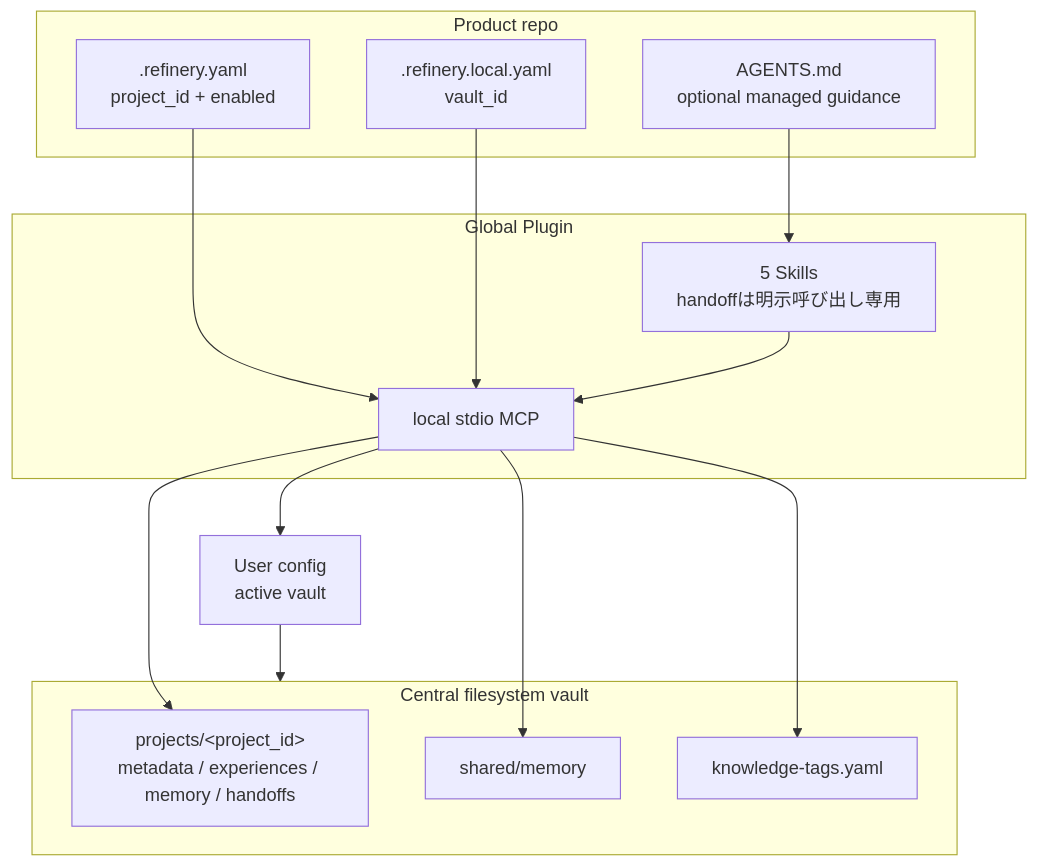
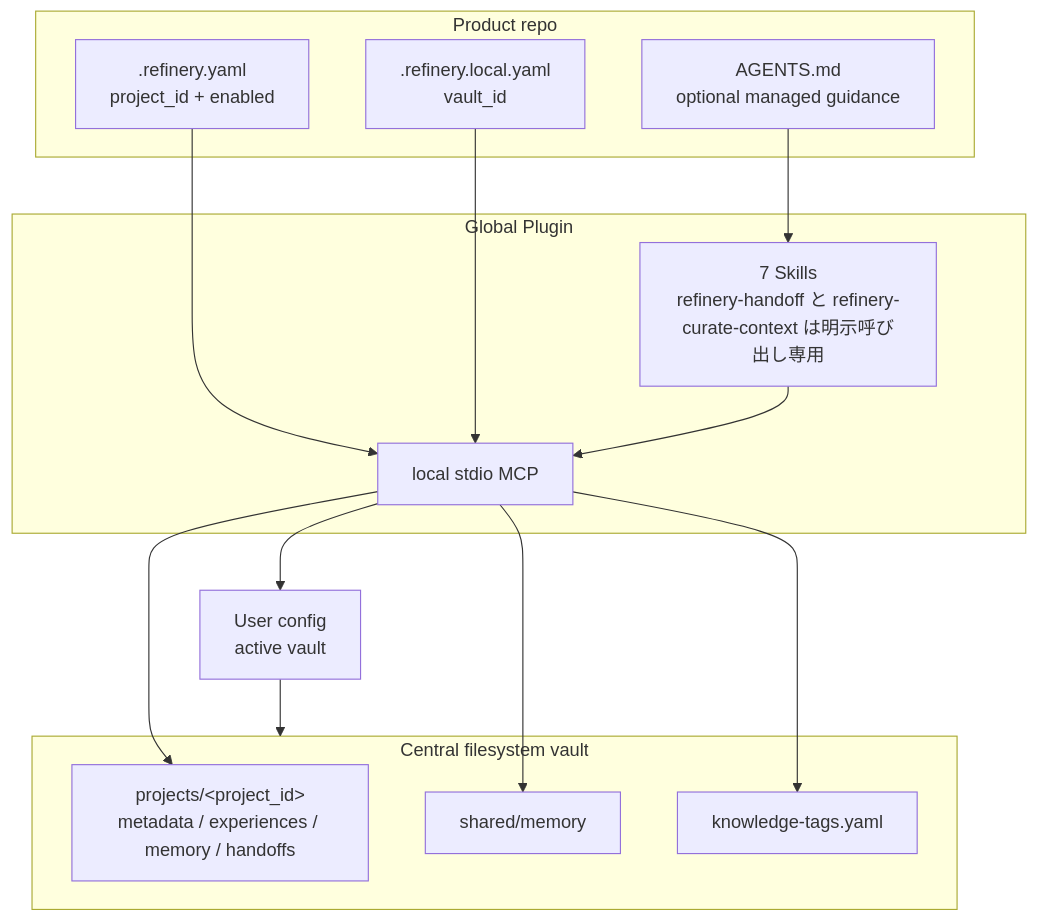
The diagram in docs/architecture.md (skanehira1126/knowledge-refinery), drawn with Mermaid before and after one commit. The commit also changed other lines of this file and 23 other files, not shown here.

````diff
--- a/docs/architecture.md
+++ b/docs/architecture.md
@@ -6,31 +6,31 @@
 ```mermaid
 flowchart TB
     subgraph Repo["Product repo"]
         RC[".refinery.yaml<br/>project_id + enabled"]
         RL[".refinery.local.yaml<br/>vault_id"]
         AG["AGENTS.md<br/>optional managed guidance"]
     end
 
     subgraph Plugin["Global Plugin"]
-        SK["5 Skills<br/>handoffは明示呼び出し専用"]
+        SK["7 Skills<br/>refinery-handoff と refinery-curate-context は明示呼び出し専用"]
         MCP["local stdio MCP"]
     end
 
     CFG["User config<br/>active vault"]
 
     subgraph Vault["Central filesystem vault"]
         PM["projects/&lt;project_id&gt;<br/>metadata / experiences / memory / handoffs"]
         SM["shared/memory"]
         KT["knowledge-tags.yaml"]
     end
 
     AG --> SK
     RC --> MCP
     RL --> MCP
     SK --> MCP
     MCP --> CFG
     CFG --> Vault
     MCP --> PM
     MCP --> SM
     MCP --> KT
 ```
````
